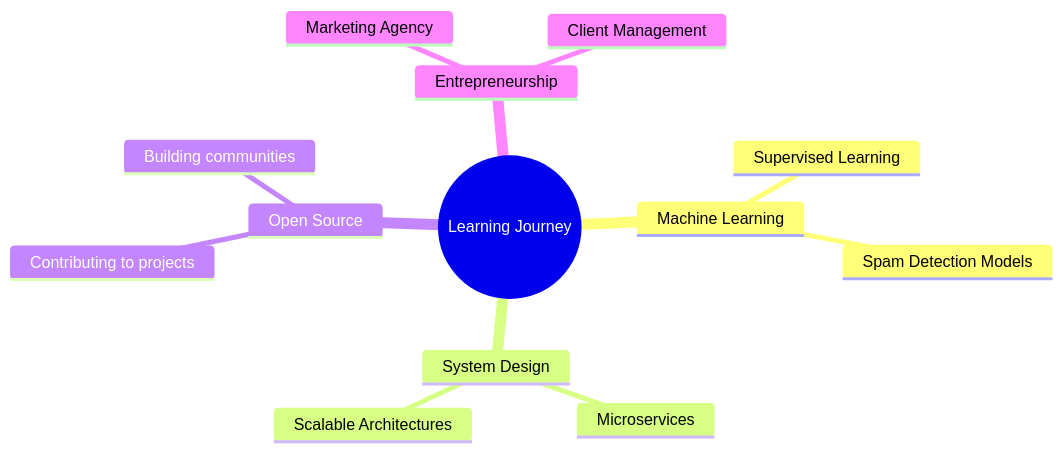
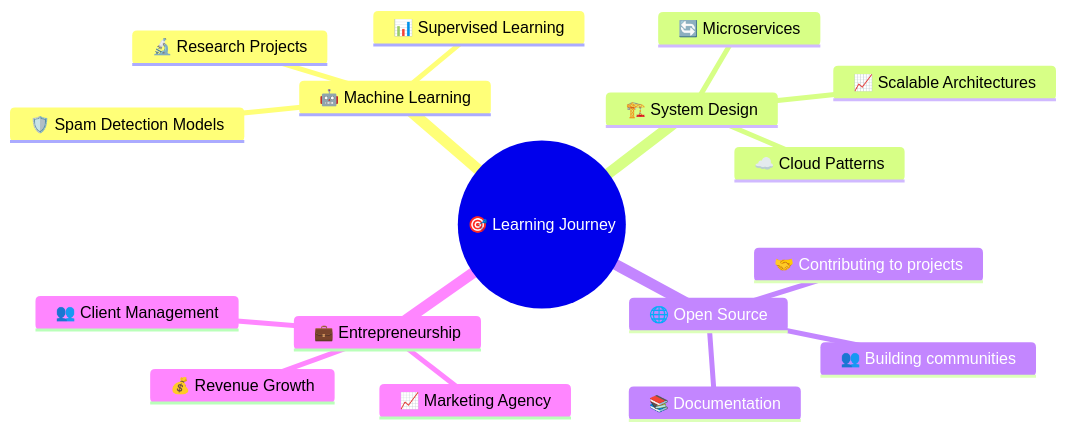
Before and after one commit to Suryansh1987/Suryansh1987: the diagram in README.md, drawn with Mermaid. The commit also changed other lines of this file, not shown here.

````diff
--- a/README.md
+++ b/README.md
@@ -85,16 +99,20 @@
 ```mermaid
 mindmap
-  root((Learning Journey))
-    Machine Learning
-      Supervised Learning
-      Spam Detection Models
-    System Design
-      Microservices
-      Scalable Architectures
-    Open Source
-      Contributing to projects
-      Building communities
-    Entrepreneurship
-      Marketing Agency
-      Client Management
+  root((🎯 Learning Journey))
+    🤖 Machine Learning
+      📊 Supervised Learning
+      🛡️ Spam Detection Models
+      🔬 Research Projects
+    🏗️ System Design
+      🔄 Microservices
+      📈 Scalable Architectures
+      ☁️ Cloud Patterns
+    🌐 Open Source
+      🤝 Contributing to projects
+      👥 Building communities
+      📚 Documentation
+    💼 Entrepreneurship
+      📈 Marketing Agency
+      👥 Client Management
+      💰 Revenue Growth
 ```
````
